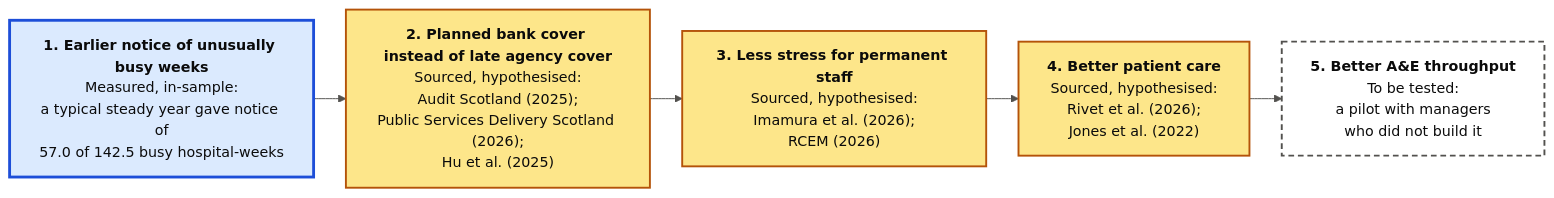
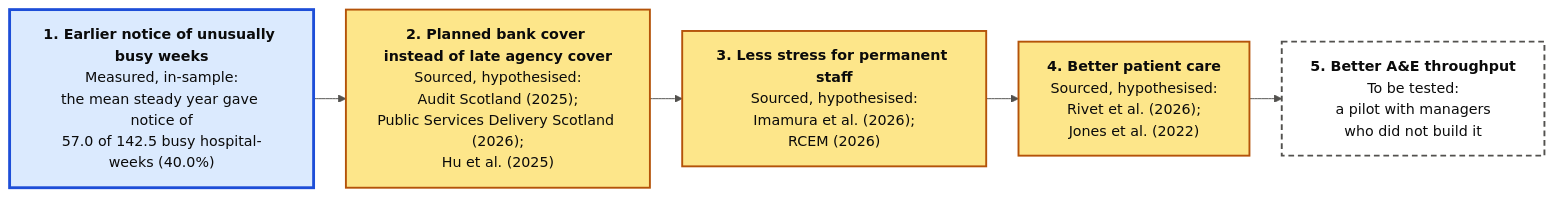
The diagram in diagram/value_chain.mmd (PaddyGilliland1/industry-integrated-ai-system-synthesis-old), drawn with Mermaid before and after one commit. The commit also changed 5 other files, not shown here.

```diff
--- a/diagram/value_chain.mmd
+++ b/diagram/value_chain.mmd
@@ -1,32 +1,32 @@
 ---
 config:
   theme: base
   themeVariables:
     fontSize: 15px
     fontFamily: "DejaVu Sans, Arial, sans-serif"
     primaryTextColor: "#0b0b0b"
     lineColor: "#52514e"
   flowchart:
     curve: basis
     htmlLabels: true
     wrappingWidth: 260
     nodeSpacing: 24
     rankSpacing: 34
 ---
 flowchart LR
 %% Figure 2: the value chain. Each link's style is its evidence label from
 %% TERMS.md: measured in-sample, sourced and hypothesised, or to be tested.
 %% Link 1's counts come from the notebook's Figure 6; links 2 to 4 name the
 %% checked sources that support them, none an effect this system has shown.
-  L1["<b>1. Earlier notice of unusually busy weeks</b><br/>Measured, in-sample:<br/>a typical steady year gave notice of<br/>57.0 of 142.5 busy hospital-weeks"]
+  L1["<b>1. Earlier notice of unusually busy weeks</b><br/>Measured, in-sample:<br/>the mean steady year gave notice of<br/>57.0 of 142.5 busy hospital-weeks (40.0%)"]
   L2["<b>2. Planned bank cover instead of late agency cover</b><br/>Sourced, hypothesised:<br/>Audit Scotland (2025);<br/>Public Services Delivery Scotland (2026);<br/>Hu et al. (2025)"]
   L3["<b>3. Less stress for permanent staff</b><br/>Sourced, hypothesised:<br/>Imamura et al. (2026);<br/>RCEM (2026)"]
   L4["<b>4. Better patient care</b><br/>Sourced, hypothesised:<br/>Rivet et al. (2026);<br/>Jones et al. (2022)"]
   L5["<b>5. Better A&amp;E throughput</b><br/>To be tested:<br/>a pilot with managers<br/>who did not build it"]
   L1 --> L2 --> L3 --> L4 --> L5
   classDef measured fill:#dbeafe,stroke:#1d4ed8,stroke-width:3px
   classDef sourced fill:#fde68a,stroke:#b45309,stroke-width:2px
   classDef tested fill:#ffffff,stroke:#52514e,stroke-width:2px,stroke-dasharray:6 4
   class L1 measured
   class L2,L3,L4 sourced
   class L5 tested
```
